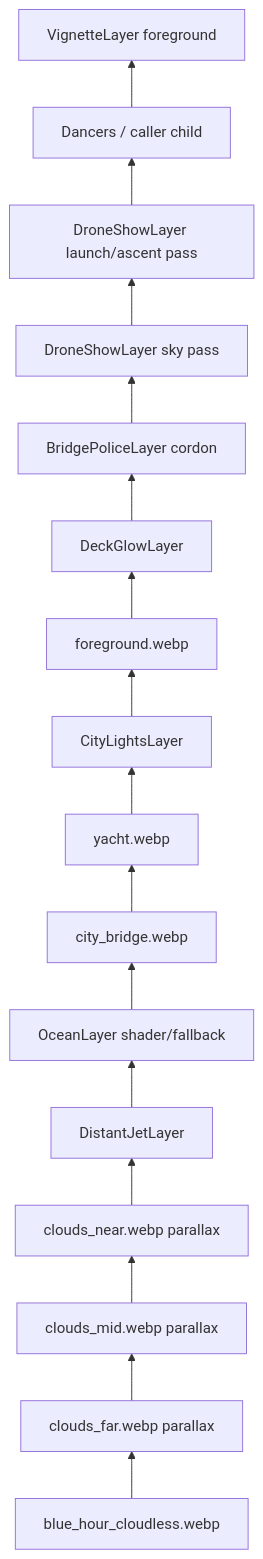
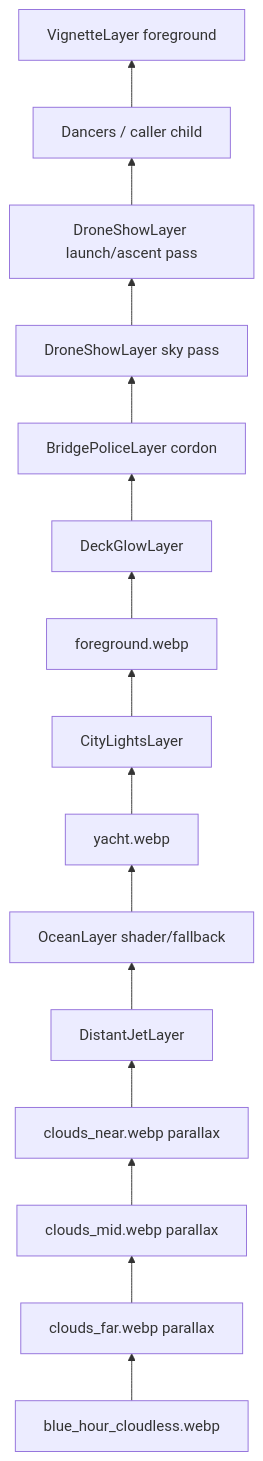
The second of 4 diagrams in lib/features/scenery/README.md (matthiasn/dancing_cats), drawn with Mermaid before and after one commit. The commit also changed other lines of this file and 3 other files, not shown here.

First line of the commit message:
refactor(scenery): drop the city_bridge redraw layer

````diff
--- a/lib/features/scenery/README.md
+++ b/lib/features/scenery/README.md
@@ -53,21 +53,20 @@
 ```mermaid
 flowchart BT
   child[Dancers / caller child]
   vignette[VignetteLayer foreground]
   glow[DeckGlowLayer]
   fg[foreground.webp]
   lights[CityLightsLayer]
   police[BridgePoliceLayer cordon]
   launchDrones[DroneShowLayer launch/ascent pass]
   skyDrones[DroneShowLayer sky pass]
   yacht[yacht.webp]
-  city[city_bridge.webp]
   ocean[OceanLayer shader/fallback]
   jet[DistantJetLayer]
   near[clouds_near.webp parallax]
   mid[clouds_mid.webp parallax]
   far[clouds_far.webp parallax]
   base[blue_hour_cloudless.webp]
 
-  base --> far --> mid --> near --> jet --> ocean --> city --> yacht --> lights --> fg --> glow --> police --> skyDrones --> launchDrones --> child --> vignette
+  base --> far --> mid --> near --> jet --> ocean --> yacht --> lights --> fg --> glow --> police --> skyDrones --> launchDrones --> child --> vignette
 ```
````
